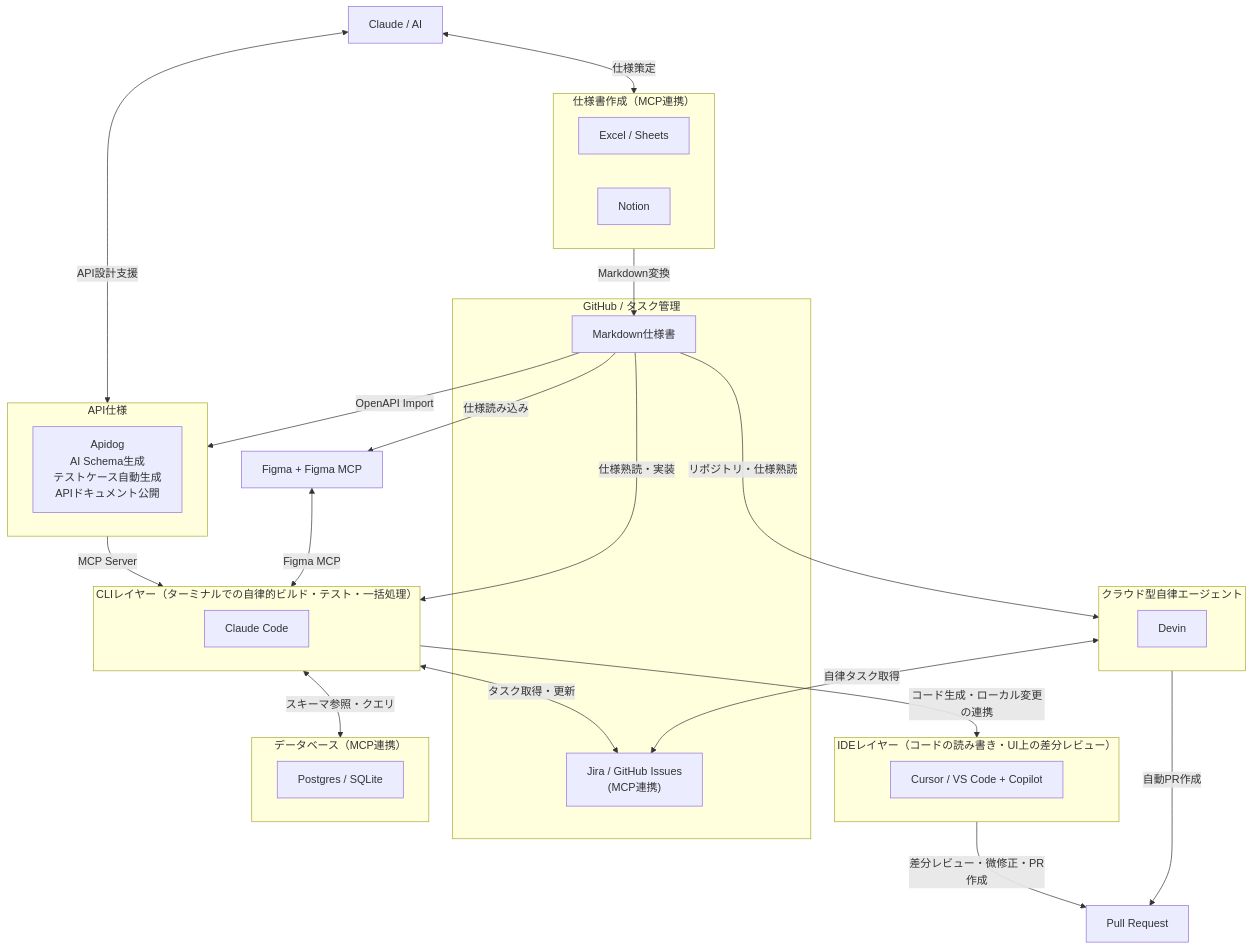
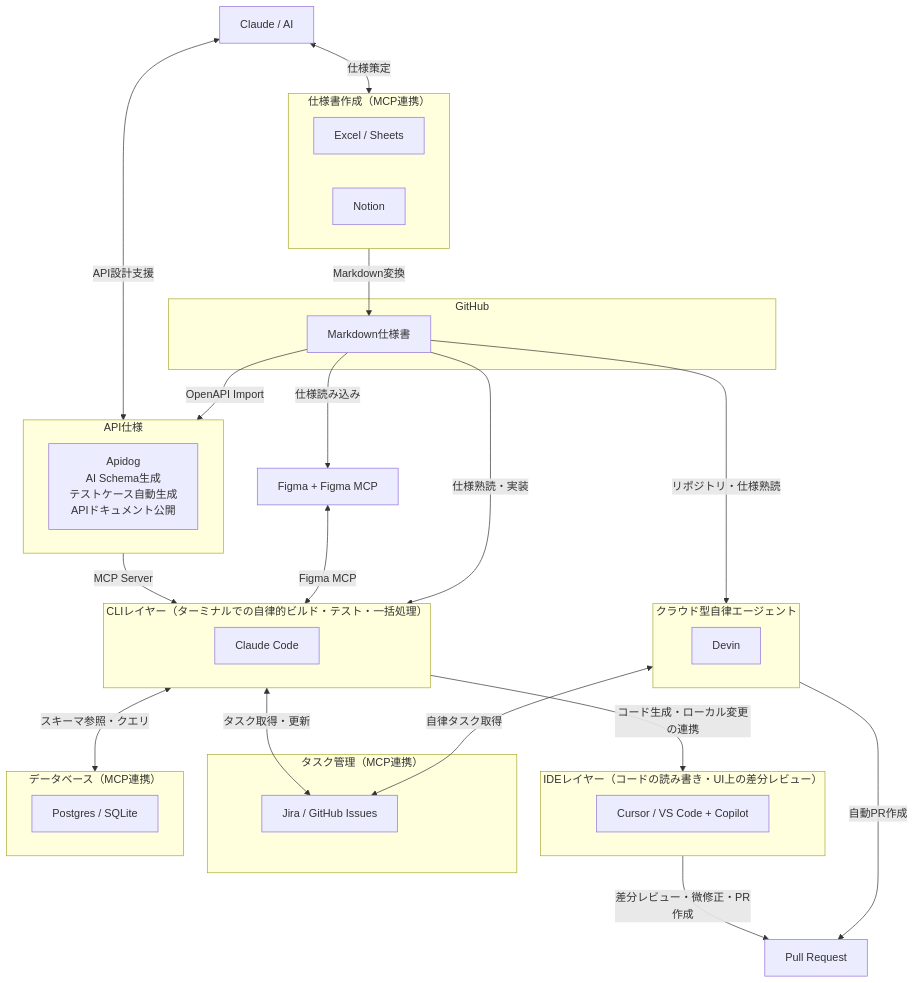
One commit to takuma39/ai changed the first of 20 diagrams in AI駆動開発.md. Above: the diagram before and after it, drawn with Mermaid.

Commit message:
update: AI駆動開発.mdを更新

````diff
--- a/AI駆動開発.md
+++ b/AI駆動開発.md
@@ -70,51 +70,54 @@
 ```mermaid
 graph TD
     Claude["Claude / AI"]
 
     subgraph specs["仕様書作成（MCP連携）"]
         Excel["Excel / Sheets"]
         NotionTool["Notion"]
     end
 
-    subgraph repo_tasks["GitHub / タスク管理"]
-        Jira["Jira / GitHub Issues<br/>(MCP連携)"]
+    subgraph github["GitHub"]
         MD["Markdown仕様書"]
+    end
+
+    subgraph tasks["タスク管理（MCP連携）"]
+        Jira["Jira / GitHub Issues"]
     end
     subgraph apispec["API仕様"]
         Apidog["Apidog<br/>AI Schema生成<br/>テストケース自動生成<br/>APIドキュメント公開"]
     end
 
     Figma["Figma + Figma MCP"]
 
     subgraph ide["IDEレイヤー（コードの読み書き・UI上の差分レビュー）"]
         Cursor["Cursor / VS Code + Copilot"]
     end
 
     subgraph cli["CLIレイヤー（ターミナルでの自律的ビルド・テスト・一括処理）"]
         CC["Claude Code"]
     end
 
     subgraph saas_agent["クラウド型自律エージェント"]
         Devin["Devin"]
     end
 
     subgraph database["データベース（MCP連携）"]
         DB["Postgres / SQLite"]
     end
 
     Claude <-->|"仕様策定"| specs
     Claude <-->|"API設計支援"| apispec
     cli <-->|"タスク取得・更新"| Jira
     saas_agent <-->|"自律タスク取得"| Jira
     specs -->|"Markdown変換"| MD
     MD -->|"OpenAPI Import"| apispec
     apispec -->|"MCP Server"| cli
     MD -->|"仕様読み込み"| Figma
     Figma <-->|"Figma MCP"| cli
     MD -->|"仕様熟読・実装"| cli
     MD -->|"リポジトリ・仕様熟読"| saas_agent
     cli <-->|"スキーマ参照・クエリ"| database
     cli -->|"コード生成・ローカル変更の連携"| ide
     ide -->|"差分レビュー・微修正・PR作成"| PR["Pull Request"]
     saas_agent -->|"自動PR作成"| PR
 ```
````
